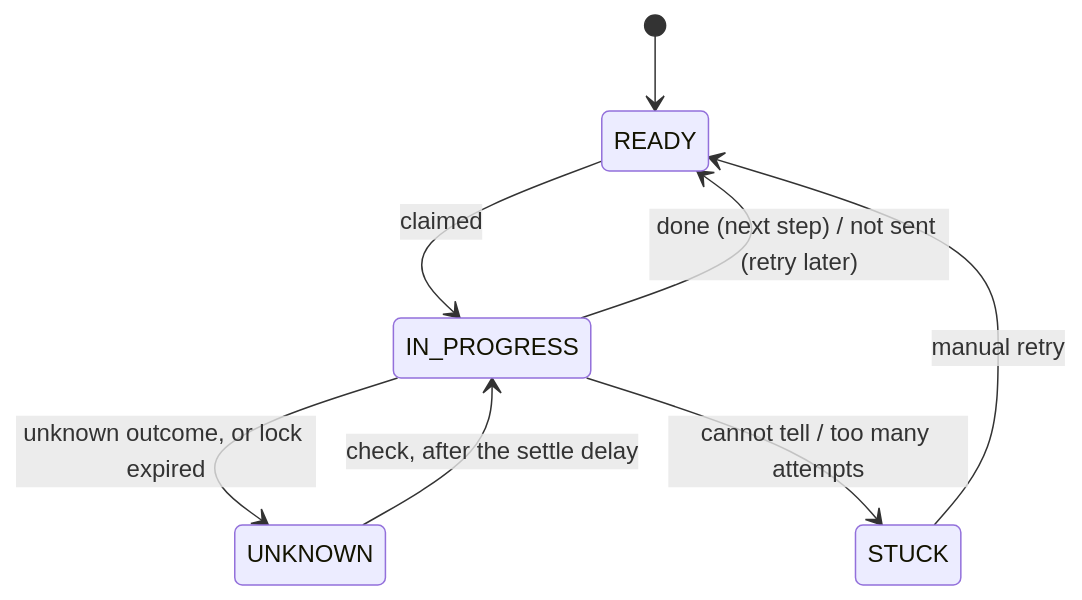
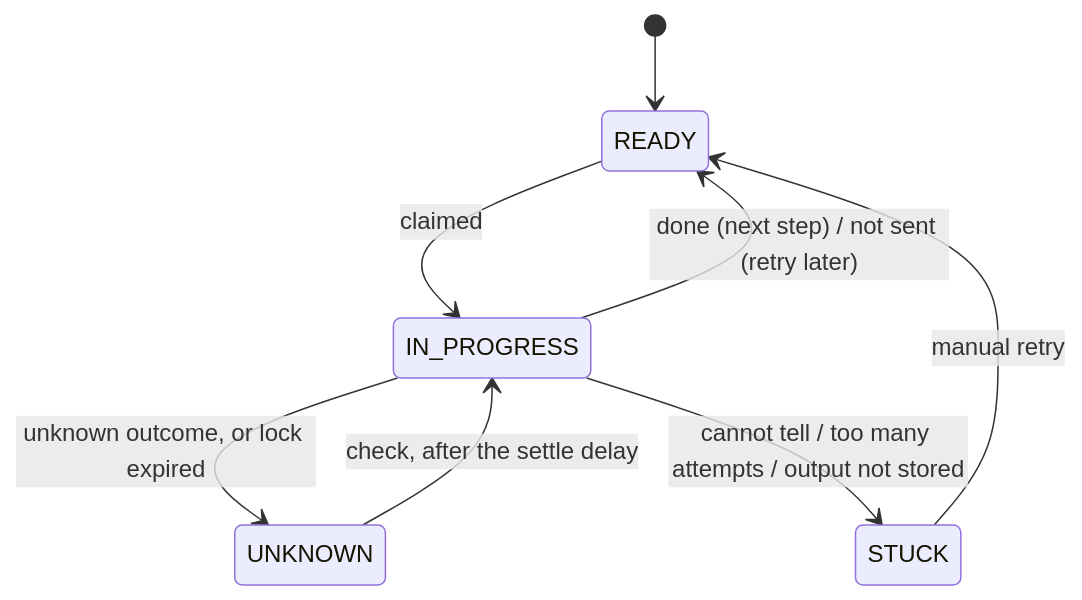
Before and after one commit to octogene/akta: the diagram in README.md, drawn with Mermaid. The commit also changed other lines of this file and 16 other files, not shown here.

````diff
--- a/README.md
+++ b/README.md
@@ -55,10 +58,10 @@
 ```mermaid
 stateDiagram-v2
     [*] --> READY
     READY --> IN_PROGRESS : claimed
     IN_PROGRESS --> READY : done (next step) / not sent (retry later)
     IN_PROGRESS --> UNKNOWN : unknown outcome, or lock expired
     UNKNOWN --> IN_PROGRESS : check, after the settle delay
-    IN_PROGRESS --> STUCK : cannot tell / too many attempts
+    IN_PROGRESS --> STUCK : cannot tell / too many attempts / output not stored
     STUCK --> READY : manual retry
 ```
````
